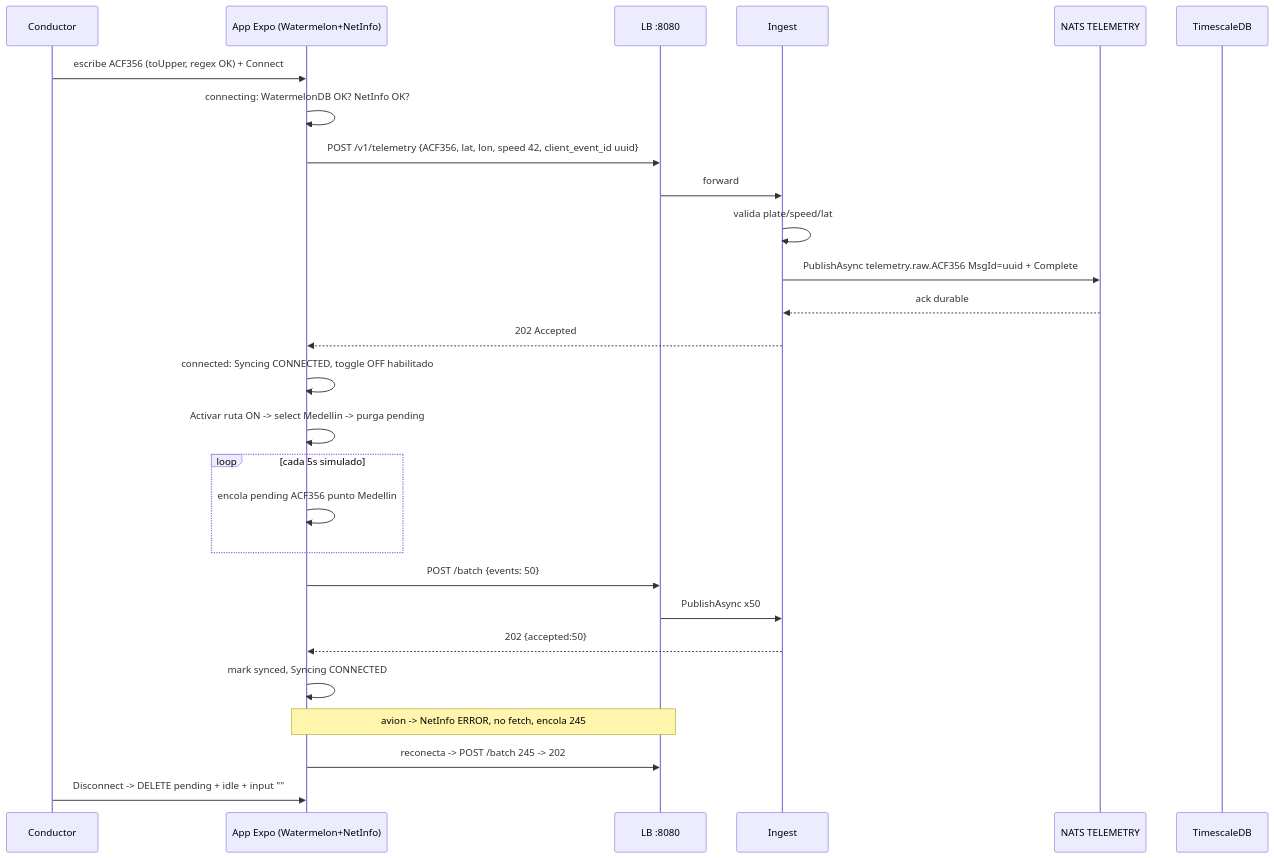
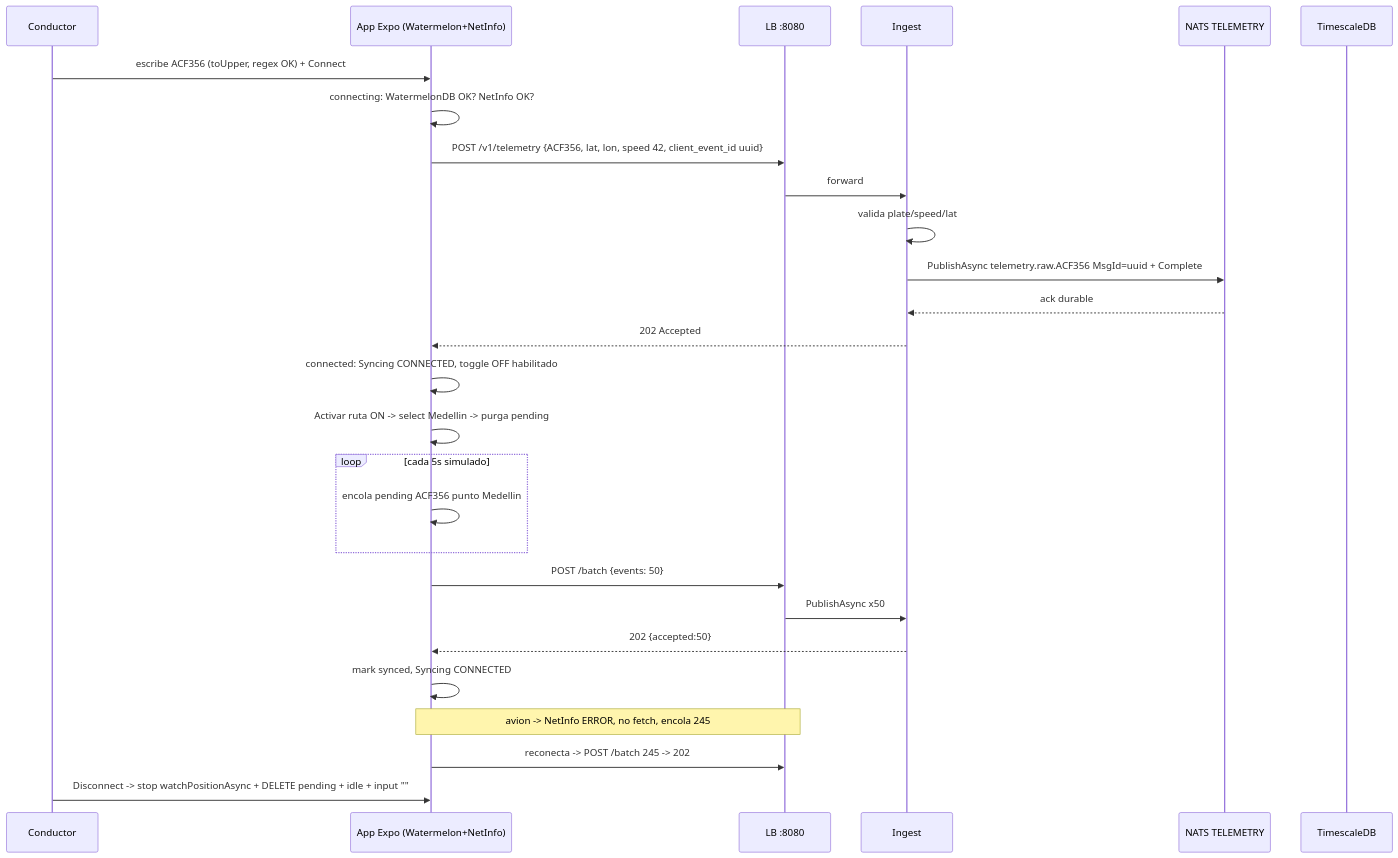
Before and after one commit to hfelipeserna/fleet-monitoring-platform: the fourth of 5 diagrams in docs/specs/SPEC-005-mobile-offline-first/spec.md, drawn with Mermaid. The commit also changed other lines of this file and 15 other files, not shown here.

````diff
--- a/docs/specs/SPEC-005-mobile-offline-first/spec.md
+++ b/docs/specs/SPEC-005-mobile-offline-first/spec.md
@@ -255,29 +255,29 @@
 ```mermaid
 sequenceDiagram
   participant U as Conductor
   participant M as App Expo (Watermelon+NetInfo)
   participant LB as LB :8080
   participant I as Ingest
   participant N as NATS TELEMETRY
   participant DB as TimescaleDB
   U->>M: escribe ACF356 (toUpper, regex OK) + Connect
   M->>M: connecting: WatermelonDB OK? NetInfo OK?
   M->>LB: POST /v1/telemetry {ACF356, lat, lon, speed 42, client_event_id uuid}
   LB->>I: forward
   I->>I: valida plate/speed/lat
   I->>N: PublishAsync telemetry.raw.ACF356 MsgId=uuid + Complete
   N-->>I: ack durable
   I-->>M: 202 Accepted
   M->>M: connected: Syncing CONNECTED, toggle OFF habilitado
   M->>M: Activar ruta ON -> select Medellin -> purga pending
   loop cada 5s simulado
     M->>M: encola pending ACF356 punto Medellin
   end
   M->>LB: POST /batch {events: 50}
   LB->>I: PublishAsync x50
   I-->>M: 202 {accepted:50}
   M->>M: mark synced, Syncing CONNECTED
   Note over M,LB: avion -> NetInfo ERROR, no fetch, encola 245
   M->>LB: reconecta -> POST /batch 245 -> 202
-  U->>M: Disconnect -> DELETE pending + idle + input ""
+  U->>M: Disconnect -> stop watchPositionAsync + DELETE pending + idle + input ""
 ```
````
